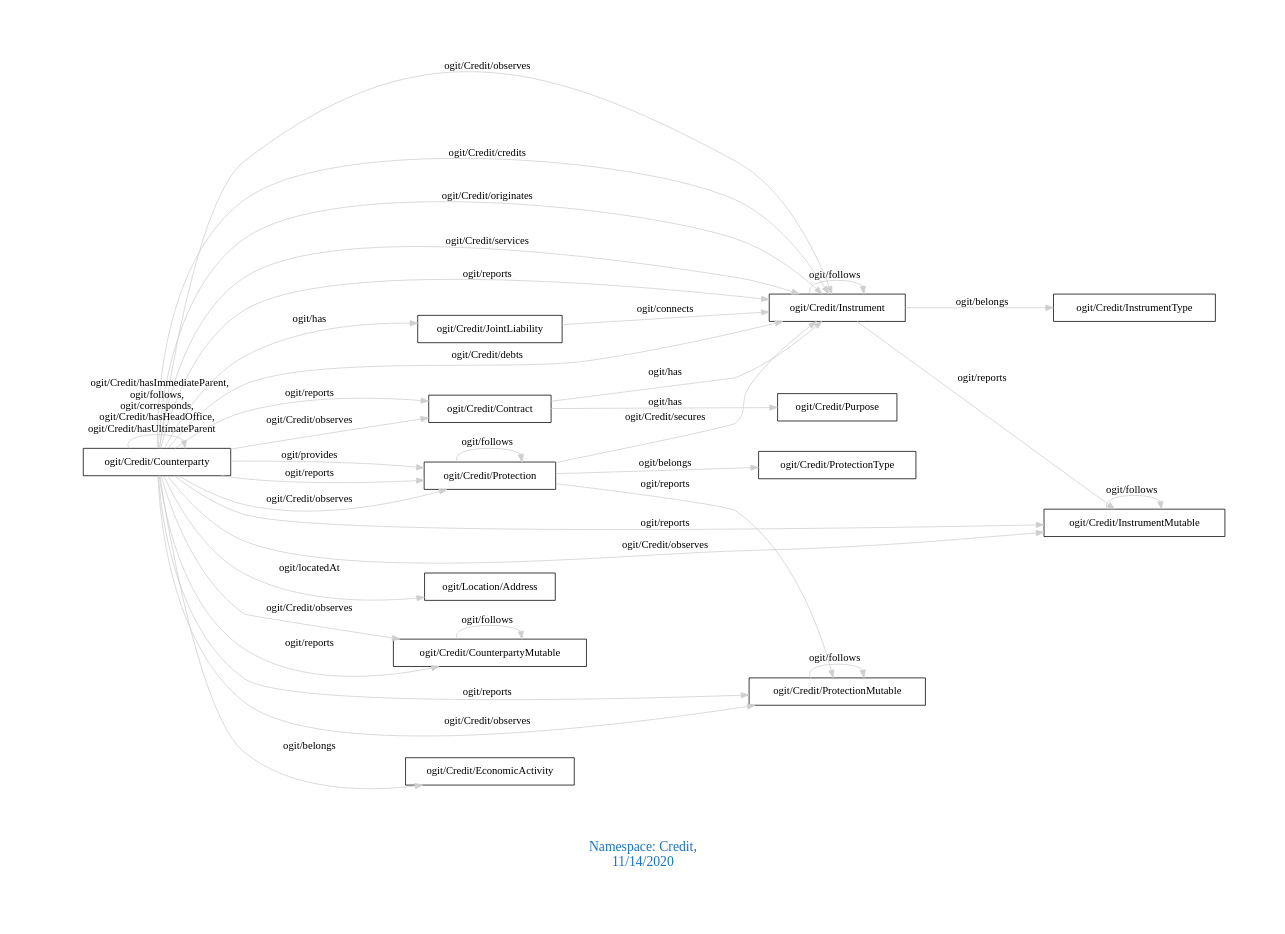
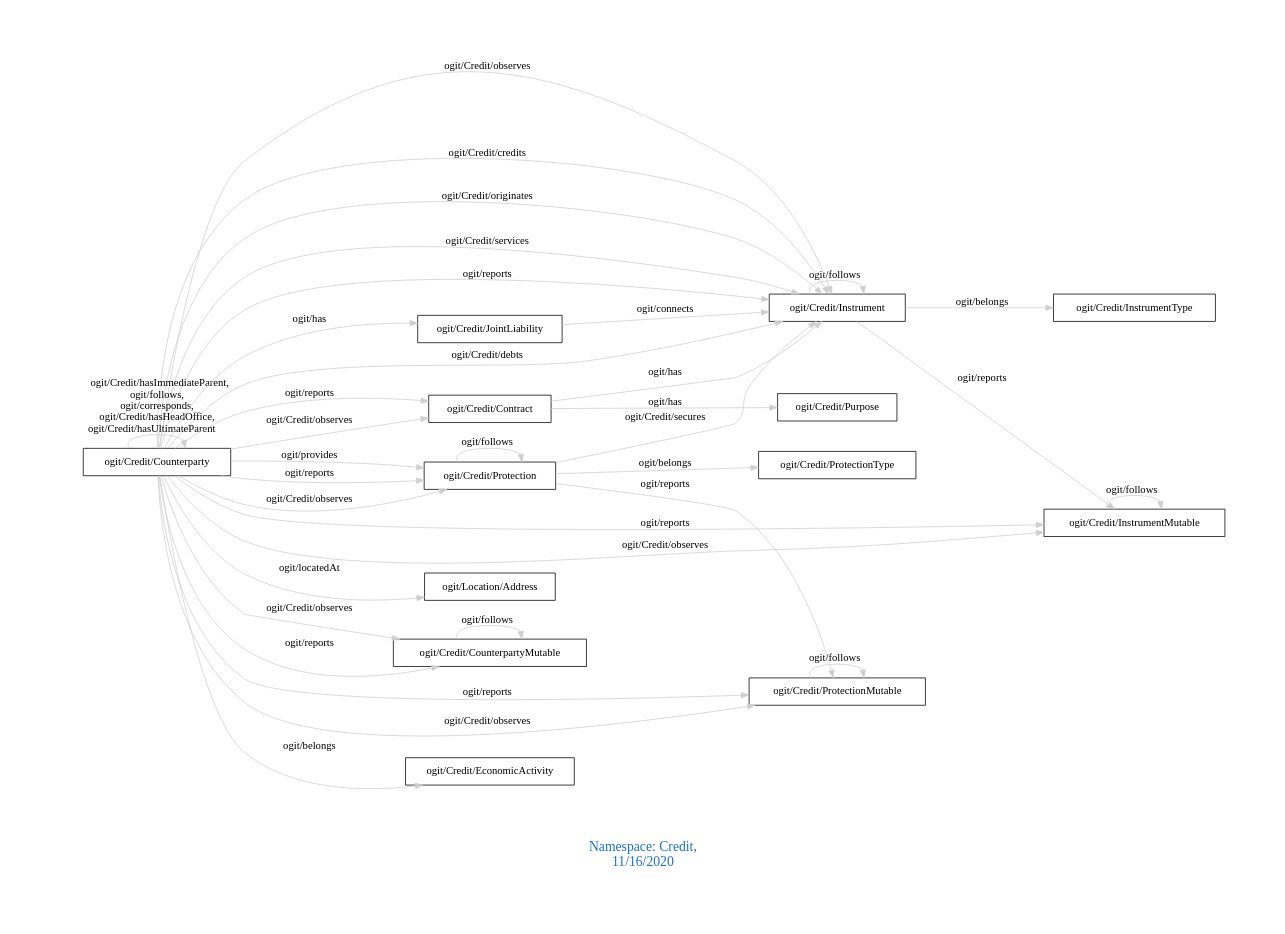
One commit to arago/OGIT changed the diagram in downloads/Credit.dot. Above: the diagram before and after it, drawn with Graphviz. The commit also changed 1832 other files, not shown here.

```diff
--- a/downloads/Credit.dot
+++ b/downloads/Credit.dot
@@ -1,42 +1,42 @@
 digraph OGIT_ontology {
  graph [ rankdir= LR,pad=1 
 fontsize = 18,
-fontcolor= dodgerblue3,label = "\n\n\nNamespace: Credit, \n 11/14/2020"];
+fontcolor= dodgerblue3,label = "\n\n\nNamespace: Credit, \n 11/16/2020"];
 node[shape=polygon];
 edge [  color="gray81"];
 
    "ogit/Credit/Protection" -> "ogit/Credit/Instrument" [label="   ogit/Credit/secures    "];
    "ogit/Credit/Counterparty" -> "ogit/Credit/Instrument" [label="   ogit/Credit/debts    "];
    "ogit/Credit/Counterparty" -> "ogit/Location/Address" [label="   ogit/locatedAt    "];
    "ogit/Credit/Counterparty" -> "ogit/Credit/CounterpartyMutable" [label="   ogit/Credit/observes    "];
    "ogit/Credit/Counterparty" -> "ogit/Credit/InstrumentMutable" [label="   ogit/Credit/observes    "];
    "ogit/Credit/Counterparty" -> "ogit/Credit/ProtectionMutable" [label="   ogit/Credit/observes    "];
    "ogit/Credit/Counterparty" -> "ogit/Credit/Instrument" [label="   ogit/Credit/observes    "];
    "ogit/Credit/Counterparty" -> "ogit/Credit/Protection" [label="   ogit/Credit/observes    "];
    "ogit/Credit/Counterparty" -> "ogit/Credit/Contract" [label="   ogit/Credit/observes    "];
    "ogit/Credit/JointLiability" -> "ogit/Credit/Instrument" [label="   ogit/connects    "];
    "ogit/Credit/Counterparty" -> "ogit/Credit/Instrument" [label="   ogit/Credit/credits    "];
    "ogit/Credit/Counterparty" -> "ogit/Credit/Protection" [label="   ogit/provides    "];
    "ogit/Credit/Counterparty" -> "ogit/Credit/Instrument" [label="   ogit/Credit/originates    "];
    "ogit/Credit/Counterparty" -> "ogit/Credit/Instrument" [label="   ogit/Credit/services    "];
    "ogit/Credit/Counterparty" -> "ogit/Credit/EconomicActivity" [label="   ogit/belongs    "];
    "ogit/Credit/Instrument" -> "ogit/Credit/InstrumentType" [label="   ogit/belongs    "];
    "ogit/Credit/Protection" -> "ogit/Credit/ProtectionType" [label="   ogit/belongs    "];
    "ogit/Credit/Counterparty" -> "ogit/Credit/CounterpartyMutable" [label="   ogit/reports    "];
    "ogit/Credit/Counterparty" -> "ogit/Credit/ProtectionMutable" [label="   ogit/reports    "];
    "ogit/Credit/Counterparty" -> "ogit/Credit/InstrumentMutable" [label="   ogit/reports    "];
    "ogit/Credit/Counterparty" -> "ogit/Credit/Instrument" [label="   ogit/reports    "];
    "ogit/Credit/Counterparty" -> "ogit/Credit/Protection" [label="   ogit/reports    "];
    "ogit/Credit/Counterparty" -> "ogit/Credit/Contract" [label="   ogit/reports    "];
    "ogit/Credit/Instrument" -> "ogit/Credit/InstrumentMutable" [label="   ogit/reports    "];
    "ogit/Credit/Protection" -> "ogit/Credit/ProtectionMutable" [label="   ogit/reports    "];
    "ogit/Credit/Contract" -> "ogit/Credit/Instrument" [label="   ogit/has    "];
    "ogit/Credit/Contract" -> "ogit/Credit/Purpose" [label="   ogit/has    "];
    "ogit/Credit/Counterparty" -> "ogit/Credit/JointLiability" [label="   ogit/has    "];
    "ogit/Credit/Protection" -> "ogit/Credit/Protection" [label="   ogit/follows    "];
    "ogit/Credit/InstrumentMutable" -> "ogit/Credit/InstrumentMutable" [label="   ogit/follows    "];
    "ogit/Credit/ProtectionMutable" -> "ogit/Credit/ProtectionMutable" [label="   ogit/follows    "];
    "ogit/Credit/Instrument" -> "ogit/Credit/Instrument" [label="   ogit/follows    "];
    "ogit/Credit/Counterparty" -> "ogit/Credit/Counterparty" [label="   ogit/Credit/hasImmediateParent, \n ogit/follows, \n ogit/corresponds, \n ogit/Credit/hasHeadOffice, \n ogit/Credit/hasUltimateParent    "];
    "ogit/Credit/CounterpartyMutable" -> "ogit/Credit/CounterpartyMutable" [label="   ogit/follows    "];
 }
```
